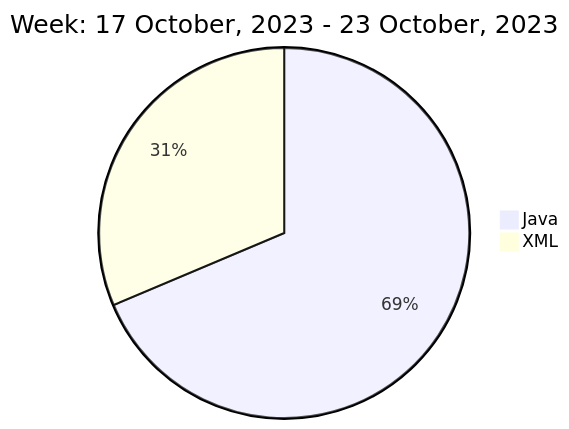
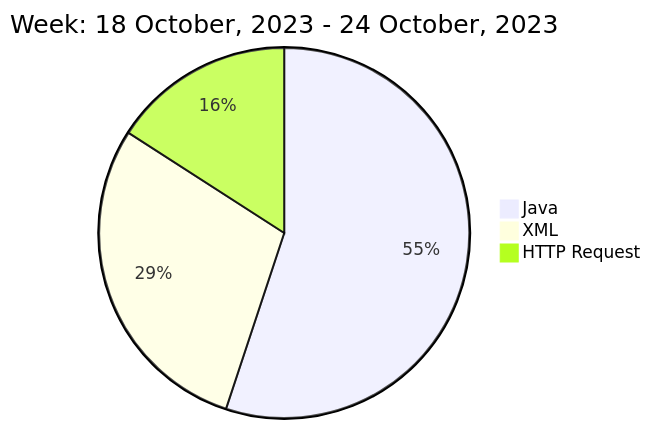
One commit to liubin95/liubin95 changed the diagram in README.md. Above: the diagram before and after it, drawn with Mermaid.

Commit message:
Updated the Graph with new Metrics

````diff
--- a/README.md
+++ b/README.md
@@ -40,6 +40,7 @@
 ```mermaid
  pie
-title Week: 17 October, 2023 - 23 October, 2023
- "Java" : 7.07
- "XML" : 3.23
+title Week: 18 October, 2023 - 24 October, 2023
+ "Java" : 6.93
+ "XML" : 3.65
+ "HTTP Request" : 2.0
 ```
````
